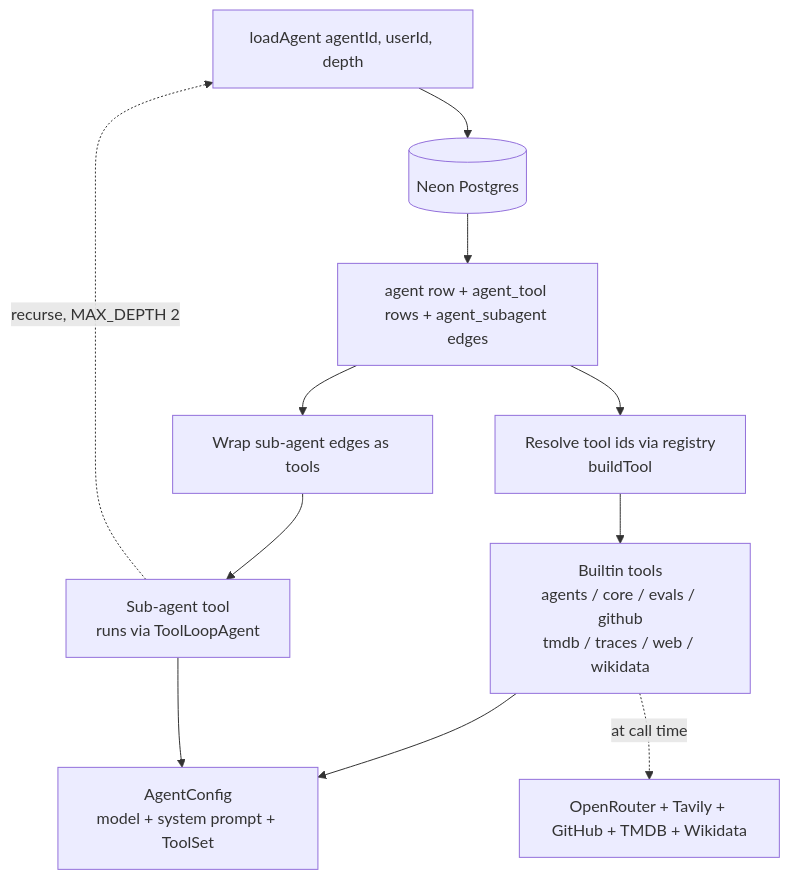
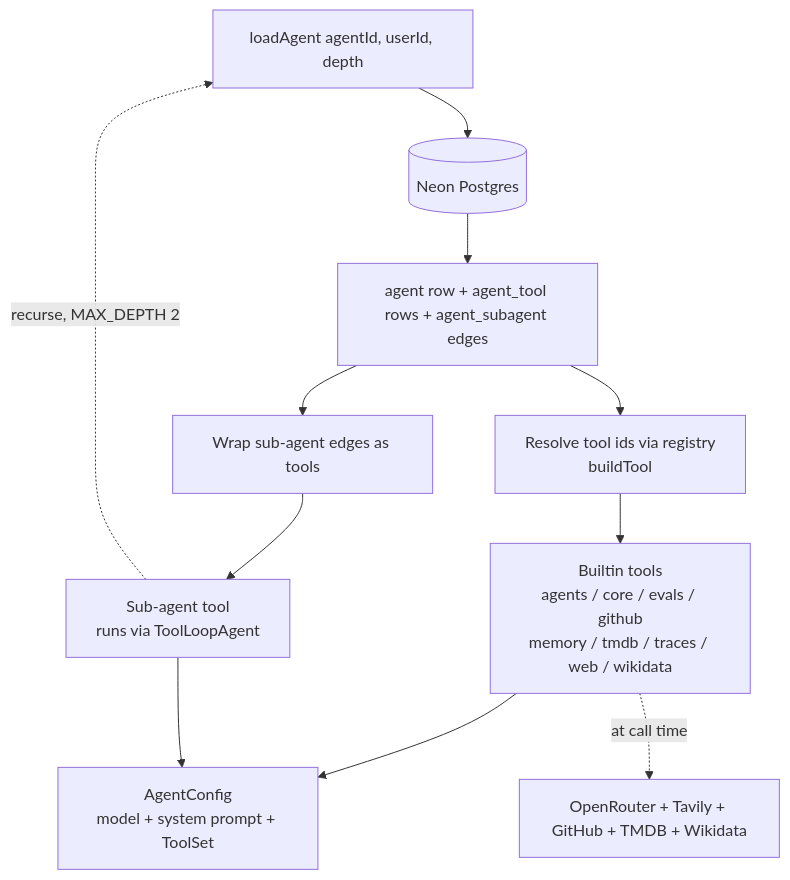
The third of 5 diagrams in ARCHITECTURE.md (jimmy-guzman/comal.dev), drawn with Mermaid before and after one commit. The commit also changed other lines of this file and 28 other files, not shown here.

````diff
--- a/ARCHITECTURE.md
+++ b/ARCHITECTURE.md
@@ -60,16 +67,16 @@
 ```mermaid
 flowchart TB
   loadAgent[loadAgent agentId, userId, depth] --> DB[(Neon Postgres)]
   DB --> Parts[agent row + agent_tool rows + agent_subagent edges]
 
   Parts --> ToolStep[Resolve tool ids via registry<br/>buildTool]
   Parts --> SubStep[Wrap sub-agent edges as tools]
 
-  ToolStep --> Builtin[Builtin tools<br/>agents / core / evals / github<br/>tmdb / traces / web / wikidata]
+  ToolStep --> Builtin[Builtin tools<br/>agents / core / evals / github<br/>memory / tmdb / traces / web / wikidata]
   SubStep --> SubAgent[Sub-agent tool<br/>runs via ToolLoopAgent]
   SubAgent -.->|recurse, MAX_DEPTH 2| loadAgent
 
   Builtin --> Config[AgentConfig<br/>model + system prompt + ToolSet]
   SubAgent --> Config
   Builtin -.->|at call time| Ext[OpenRouter + Tavily + GitHub + TMDB + Wikidata]
 ```
````
